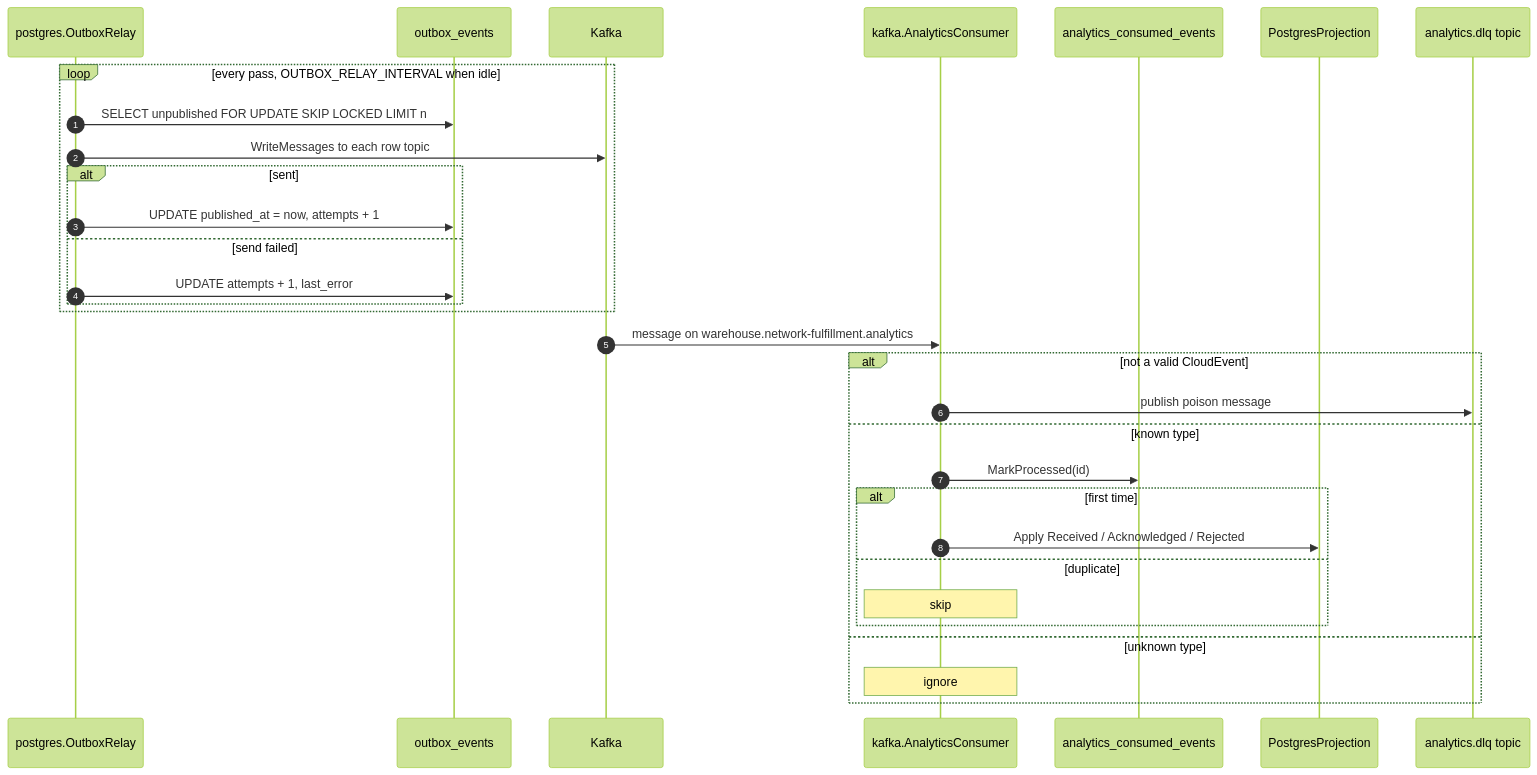
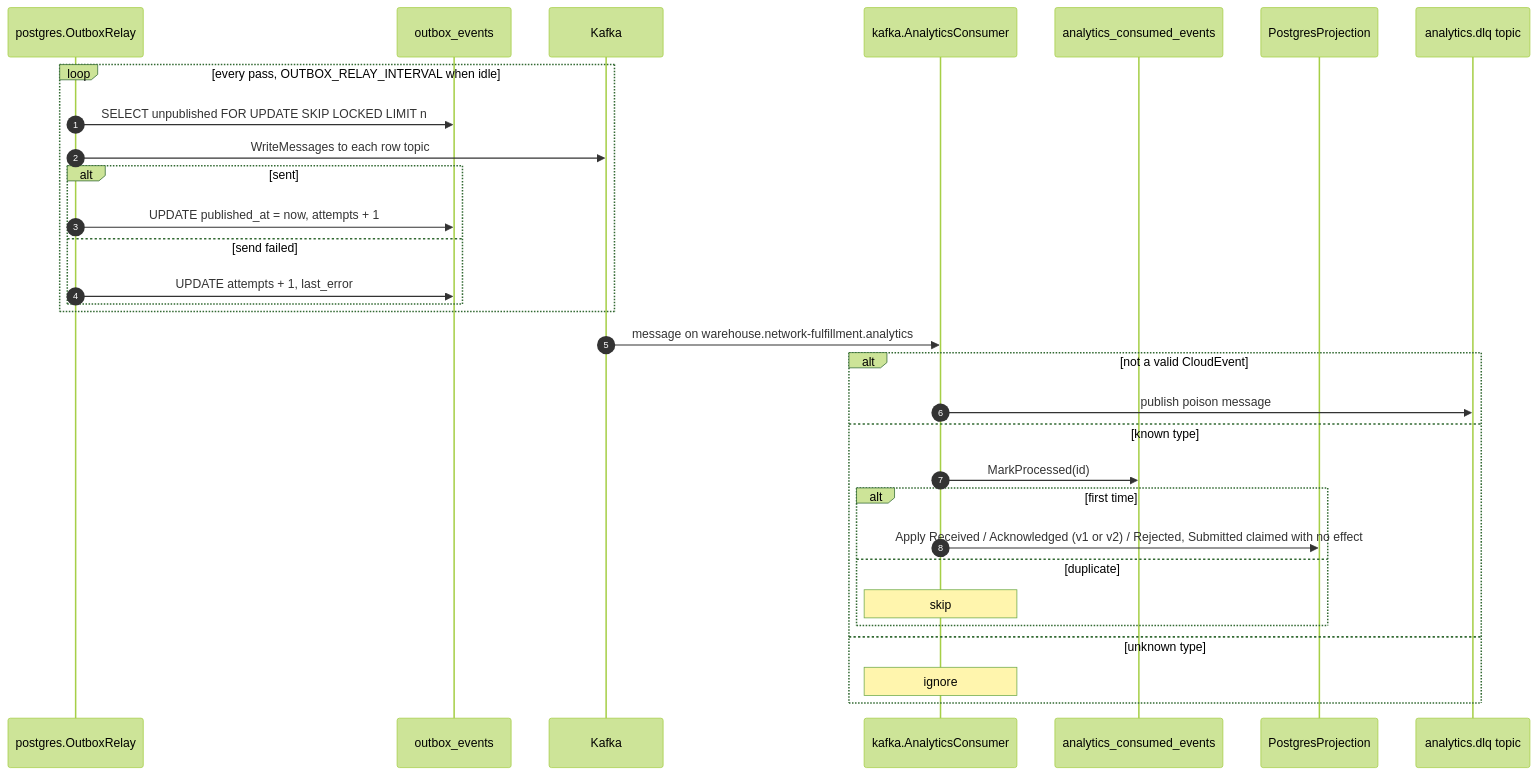
One commit to IQVO/warehouse-docs changed the sixth of 6 diagrams in docs/contexts/network-fulfillment/sequence-diagrams.md. Above: the diagram before and after it, drawn with Mermaid (forest theme). The commit also changed other lines of this file and 318 other files, not shown here.

````diff
--- a/docs/contexts/network-fulfillment/sequence-diagrams.md
+++ b/docs/contexts/network-fulfillment/sequence-diagrams.md
@@ -273,33 +273,33 @@
 ```mermaid
 sequenceDiagram
     autonumber
     participant RL as postgres.OutboxRelay
     participant DB as outbox_events
     participant K as Kafka
     participant AC as kafka.AnalyticsConsumer
     participant CE as analytics_consumed_events
     participant PR as PostgresProjection
     participant DLQ as analytics.dlq topic
     loop every pass, OUTBOX_RELAY_INTERVAL when idle
         RL->>DB: SELECT unpublished FOR UPDATE SKIP LOCKED LIMIT n
         RL->>K: WriteMessages to each row topic
         alt sent
             RL->>DB: UPDATE published_at = now, attempts + 1
         else send failed
             RL->>DB: UPDATE attempts + 1, last_error
         end
     end
     K->>AC: message on warehouse.network-fulfillment.analytics
     alt not a valid CloudEvent
         AC->>DLQ: publish poison message
     else known type
         AC->>CE: MarkProcessed(id)
         alt first time
-            AC->>PR: Apply Received / Acknowledged / Rejected
+            AC->>PR: Apply Received / Acknowledged (v1 or v2) / Rejected, Submitted claimed with no effect
         else duplicate
             Note over AC: skip
         end
     else unknown type
         Note over AC: ignore
     end
 ```
````
